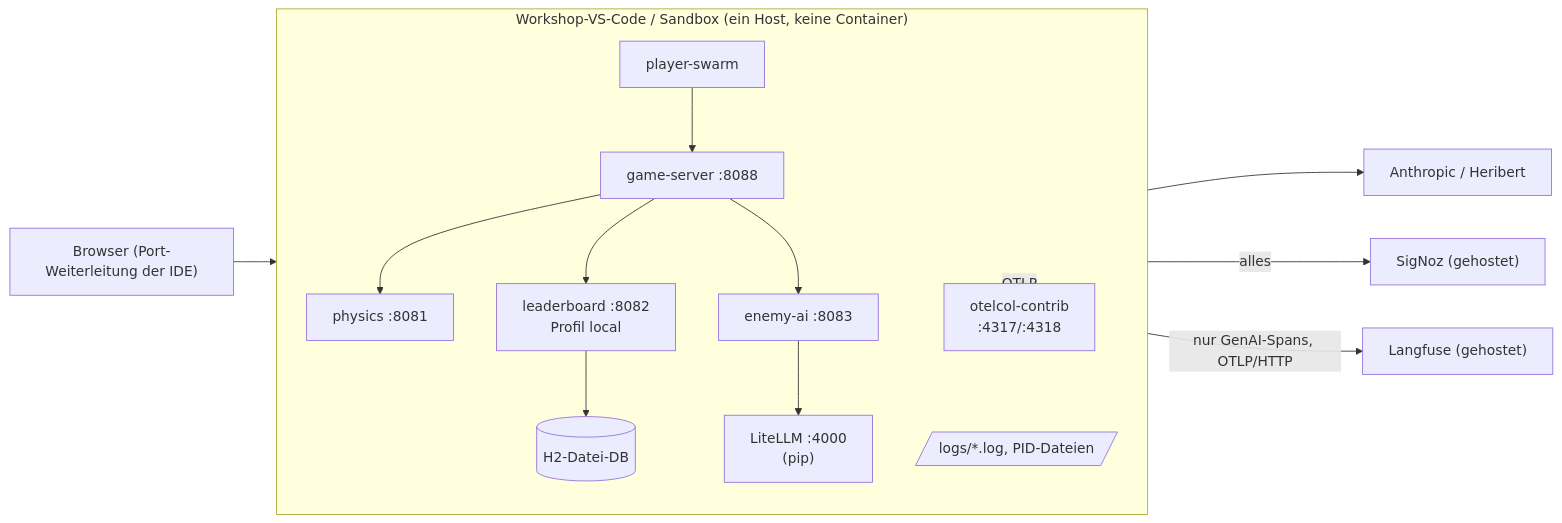
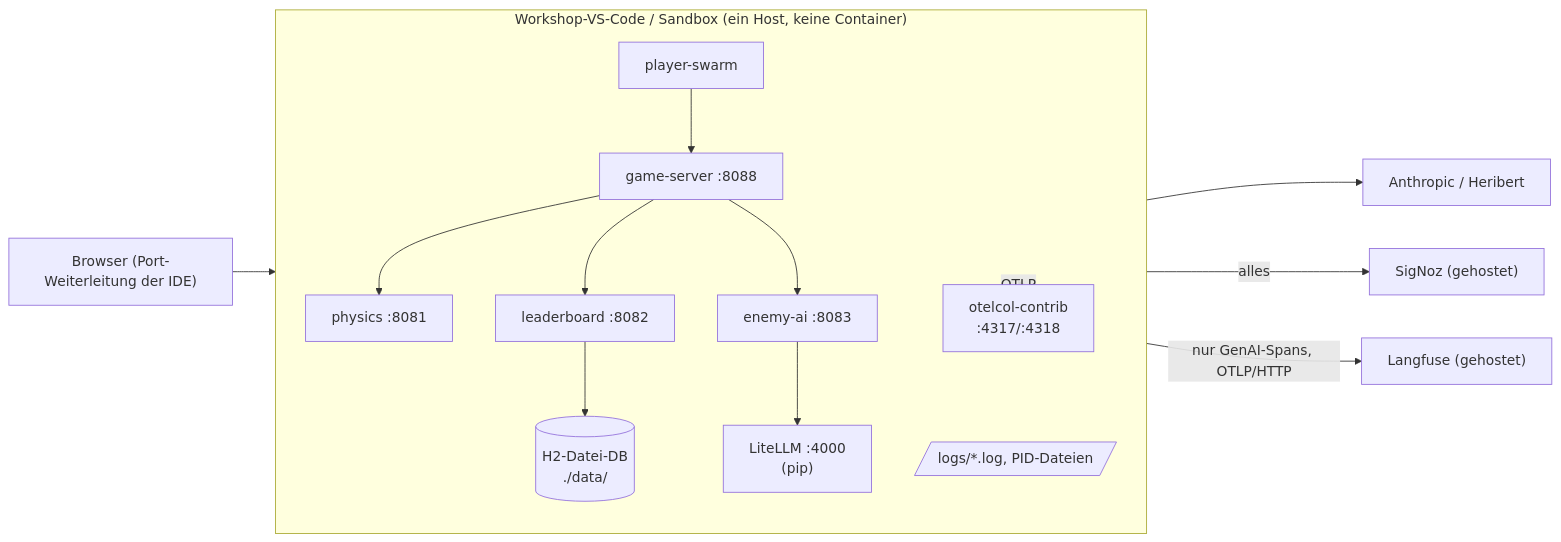
Before and after one commit to c-kaiser/u-boot-arcade: the diagram in arc-doc/07-Verteilungssicht/07-02-Lokal-ohne-Docker.md, drawn with Mermaid. The commit also changed 14 other files, not shown here.

````diff
--- a/arc-doc/07-Verteilungssicht/07-02-Lokal-ohne-Docker.md
+++ b/arc-doc/07-Verteilungssicht/07-02-Lokal-ohne-Docker.md
@@ -17,23 +17,23 @@
 ```mermaid
 flowchart LR
     subgraph VS["Workshop-VS-Code / Sandbox (ein Host, keine Container)"]
         direction TB
         GS["game-server :8088"]
         PH["physics :8081"]
-        LB["leaderboard :8082<br/>Profil local"]
-        H2[("H2-Datei-DB")]
+        LB["leaderboard :8082"]
+        H2[("H2-Datei-DB<br/>./data/")]
         AI["enemy-ai :8083"]
         SW["player-swarm"]
         LL["LiteLLM :4000<br/>(pip)"]
         COL["otelcol-contrib<br/>:4317/:4318"]
         LOGS[/"logs/*.log, PID-Dateien"/]
     end
     Browser["Browser (Port-Weiterleitung der IDE)"] --> GS
     SW --> GS
     GS --> PH & AI & LB
     LB --> H2
     AI --> LL --> CLOUD["Anthropic / Heribert"]
     VS -. "OTLP" .-> COL
     COL -- "alles" --> SZ["SigNoz (gehostet)"]
     COL -- "nur GenAI-Spans, OTLP/HTTP" --> LF["Langfuse (gehostet)"]
 ```
````
